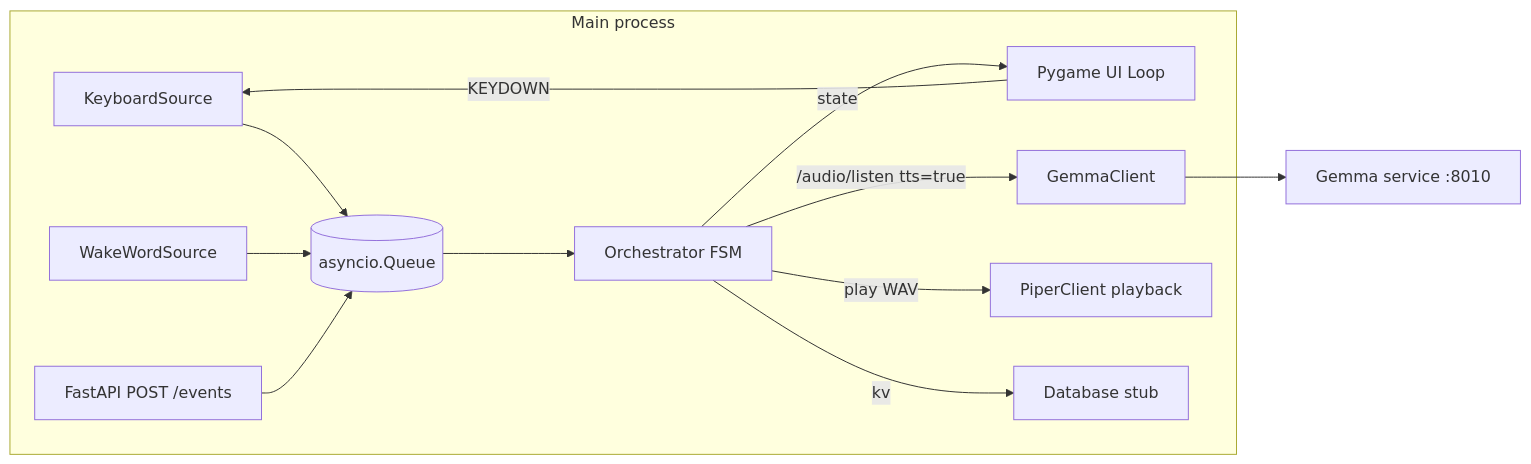
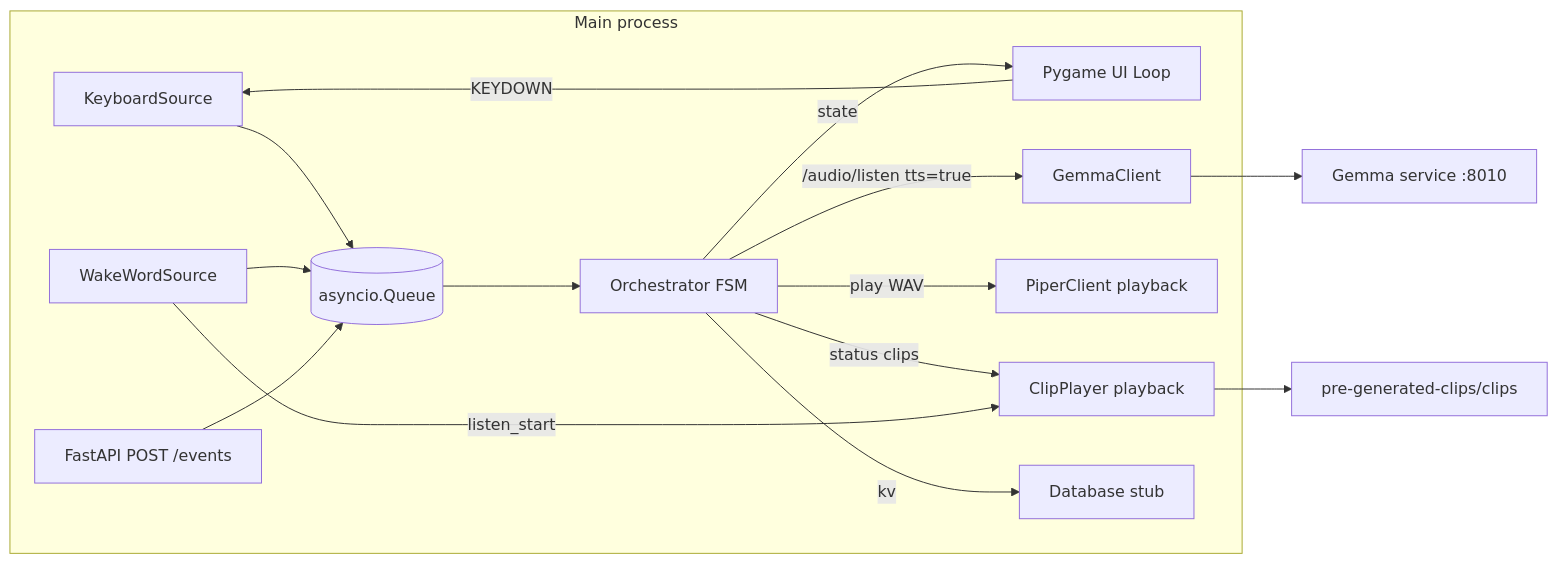
One commit to sanjaythakur/widushi-gemma4 changed the diagram in learning-app/README.md. Above: the diagram before and after it, drawn with Mermaid. The commit also changed other lines of this file and 10 other files, not shown here.

````diff
--- a/learning-app/README.md
+++ b/learning-app/README.md
@@ -26,15 +26,18 @@
 ```mermaid
 flowchart LR
     subgraph mainProc [Main process]
         keyboard[KeyboardSource] --> queue[(asyncio.Queue)]
         wakeword[WakeWordSource] --> queue
         api[FastAPI POST /events] --> queue
         queue --> orch[Orchestrator FSM]
         orch -->|state| ui[Pygame UI Loop]
         orch -->|/audio/listen tts=true| gemmaC[GemmaClient]
         orch -->|play WAV| piperC[PiperClient playback]
+        orch -->|status clips| clipsC[ClipPlayer playback]
         orch -->|kv| dbC[Database stub]
+        wakeword -->|listen_start| clipsC
         ui -->|KEYDOWN| keyboard
     end
     gemmaC --> gemmaSvc[Gemma service :8010]
+    clipsC --> clipFiles[pre-generated-clips/clips]
 ```
````
